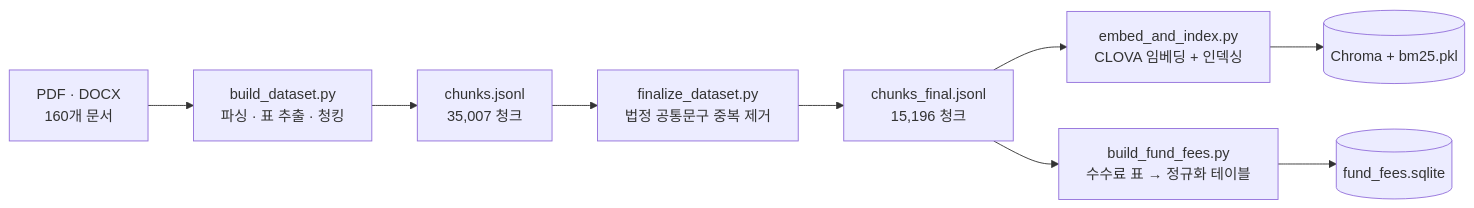
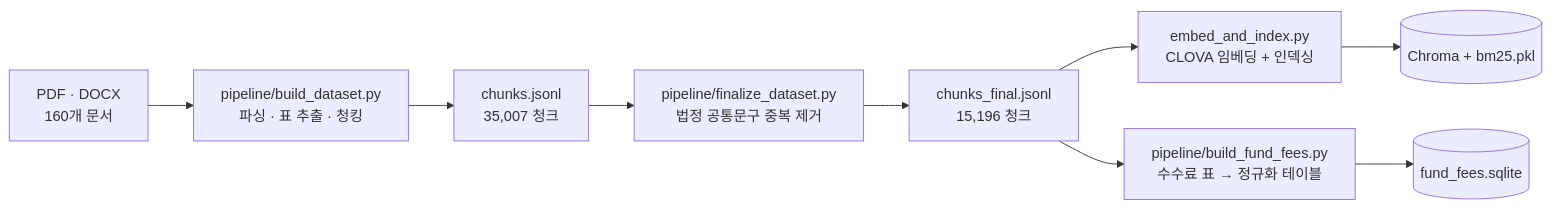
One commit to penguinnote/Mirae_Naver_MultiAgent changed the second of 2 diagrams in README.md. Above: the diagram before and after it, drawn with Mermaid. The commit also changed other lines of this file and 8 other files, not shown here.

````diff
--- a/README.md
+++ b/README.md
@@ -61,15 +84,15 @@
 ```mermaid
 flowchart LR
     DOC["PDF · DOCX<br/>160개 문서"]
-    B1["build_dataset.py<br/>파싱 · 표 추출 · 청킹"]
+    B1["pipeline/build_dataset.py<br/>파싱 · 표 추출 · 청킹"]
     C1["chunks.jsonl<br/>35,007 청크"]
-    B2["finalize_dataset.py<br/>법정 공통문구 중복 제거"]
+    B2["pipeline/finalize_dataset.py<br/>법정 공통문구 중복 제거"]
     C2["chunks_final.jsonl<br/>15,196 청크"]
     B3["embed_and_index.py<br/>CLOVA 임베딩 + 인덱싱"]
-    B4["build_fund_fees.py<br/>수수료 표 → 정규화 테이블"]
+    B4["pipeline/build_fund_fees.py<br/>수수료 표 → 정규화 테이블"]
     OUT1[("Chroma + bm25.pkl")]
     OUT2[("fund_fees.sqlite")]
 
     DOC --> B1 --> C1 --> B2 --> C2 --> B3 --> OUT1
     C2 --> B4 --> OUT2
 ```
````
